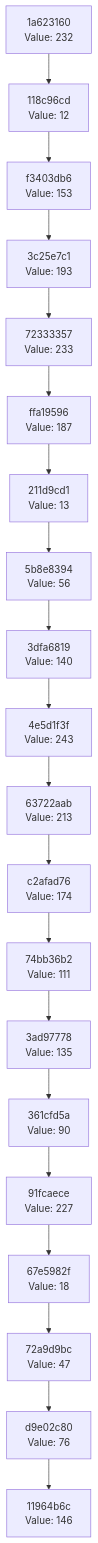
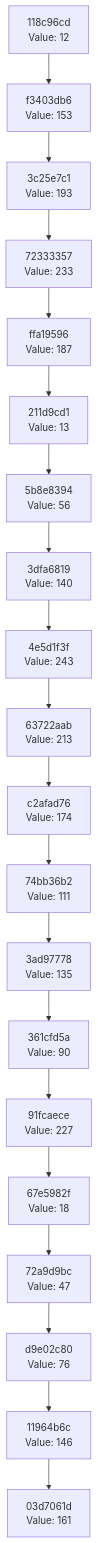
One commit to Abhisheksinha1506/hash-chain-evolver changed the diagram in docs/CHAIN_VISUALIZATION.md. Above: the diagram before and after it, drawn with Mermaid. The commit also changed 3 other files, not shown here.

````diff
--- a/docs/CHAIN_VISUALIZATION.md
+++ b/docs/CHAIN_VISUALIZATION.md
@@ -3,42 +3,42 @@
 ```mermaid
 graph TD
-    C0["11964b6c<br/>Value: 146"]
-    C1["d9e02c80<br/>Value: 76"]
+    C0["03d7061d<br/>Value: 161"]
+    C1["11964b6c<br/>Value: 146"]
     C1 --> C0
-    C2["72a9d9bc<br/>Value: 47"]
+    C2["d9e02c80<br/>Value: 76"]
     C2 --> C1
-    C3["67e5982f<br/>Value: 18"]
+    C3["72a9d9bc<br/>Value: 47"]
     C3 --> C2
-    C4["91fcaece<br/>Value: 227"]
+    C4["67e5982f<br/>Value: 18"]
     C4 --> C3
-    C5["361cfd5a<br/>Value: 90"]
+    C5["91fcaece<br/>Value: 227"]
     C5 --> C4
-    C6["3ad97778<br/>Value: 135"]
+    C6["361cfd5a<br/>Value: 90"]
     C6 --> C5
-    C7["74bb36b2<br/>Value: 111"]
+    C7["3ad97778<br/>Value: 135"]
     C7 --> C6
-    C8["c2afad76<br/>Value: 174"]
+    C8["74bb36b2<br/>Value: 111"]
     C8 --> C7
-    C9["63722aab<br/>Value: 213"]
+    C9["c2afad76<br/>Value: 174"]
     C9 --> C8
-    C10["4e5d1f3f<br/>Value: 243"]
+    C10["63722aab<br/>Value: 213"]
     C10 --> C9
-    C11["3dfa6819<br/>Value: 140"]
+    C11["4e5d1f3f<br/>Value: 243"]
     C11 --> C10
-    C12["5b8e8394<br/>Value: 56"]
+    C12["3dfa6819<br/>Value: 140"]
     C12 --> C11
-    C13["211d9cd1<br/>Value: 13"]
+    C13["5b8e8394<br/>Value: 56"]
     C13 --> C12
-    C14["ffa19596<br/>Value: 187"]
+    C14["211d9cd1<br/>Value: 13"]
     C14 --> C13
-    C15["72333357<br/>Value: 233"]
+    C15["ffa19596<br/>Value: 187"]
     C15 --> C14
-    C16["3c25e7c1<br/>Value: 193"]
+    C16["72333357<br/>Value: 233"]
     C16 --> C15
-    C17["f3403db6<br/>Value: 153"]
+    C17["3c25e7c1<br/>Value: 193"]
     C17 --> C16
-    C18["118c96cd<br/>Value: 12"]
+    C18["f3403db6<br/>Value: 153"]
     C18 --> C17
-    C19["1a623160<br/>Value: 232"]
+    C19["118c96cd<br/>Value: 12"]
     C19 --> C18
 ```
````
